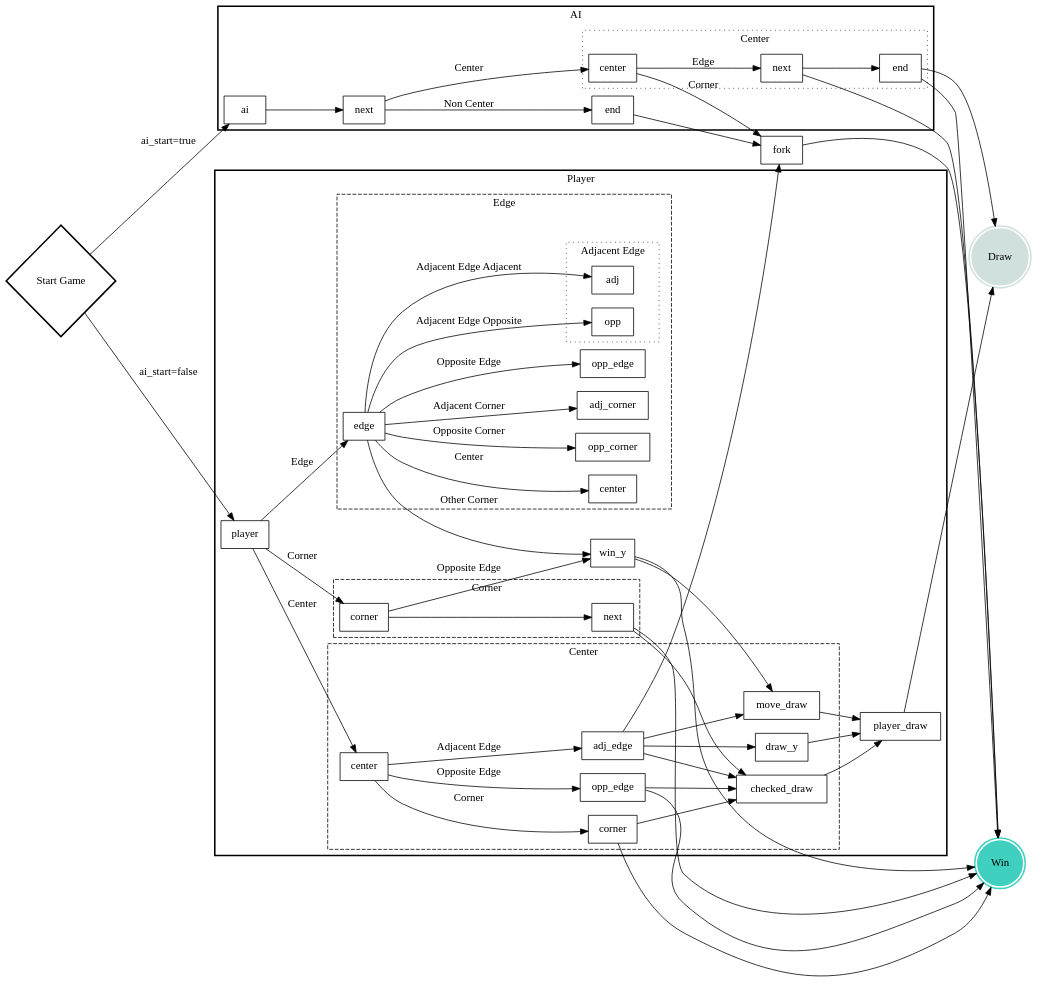
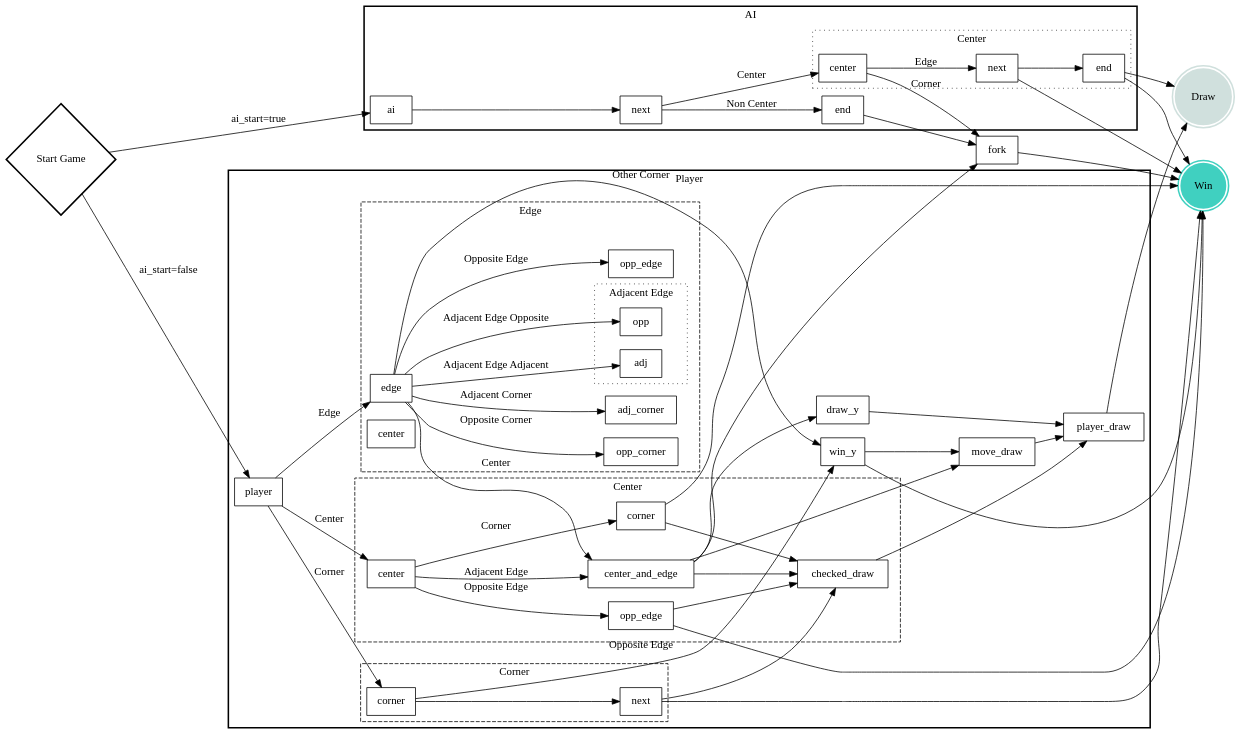
Before and after one commit to TasinFarhanMC/TTac: the diagram in graph/control_flow.dot, drawn with Graphviz. The commit also changed 1 other file, not shown here.

Commit message:
Merged into center_and_edge

```diff
--- a/graph/control_flow.dot
+++ b/graph/control_flow.dot
@@ -1,148 +1,146 @@
 digraph TTacControlFlow {
   graph [bgcolor=transparent, rankdir=LR];
   node [shape=box];
 
   win [label="Win", shape=doublecircle, style="filled, bold", color="#40D0C0"];
   draw [label="Draw", shape=doublecircle, style="filled, bold", color="#D0E0DD"];
   { rank = max; win; draw; }
 
   fork -> win;
   { rank = same; fork; }
 
   game [label="Start Game", shape=diamond, style=bold, width=1, height=2];
   game -> ai [label="ai_start=true"];
   game -> player [label="ai_start=false"];
   
 
   subgraph cluster_ai {
     label="AI";
     style=bold;
 
     ai -> next;
 
     next -> end [label="Non Center"];
     next -> center [label="Center"];
 
     end -> fork;
 
     subgraph cluster_center {
       label="Center";
       style=dotted;
 
       center -> fork [label="Corner"];
 
       center -> center_next [label="Edge"];
 
       center_next [label="next"];
       center_end [label="end"];
 
       center_next -> win;
       center_next -> center_end;
 
       center_end -> win;
       center_end -> draw;
 
     };
   }
   
   subgraph cluster_player {
     label="Player";
     style=bold;
 
     player_draw -> draw;
     {rank=max; player_draw};
 
     subgraph cluster_terminal {
       style="invis";
 
       checked_draw -> player_draw;
       move_draw -> player_draw;
       draw_y -> player_draw;
       // {rank=same; checked_draw, move_draw, draw_y};
 
       win_y -> win;
       win_y -> move_draw;
+
+      center_and_edge -> fork;
+      center_and_edge -> draw_y;
+      center_and_edge -> checked_draw;
+      center_and_edge -> move_draw;
     }
 
     player -> player_center [label="Center"];
     player -> player_corner [label="Corner"];
     player -> player_edge [label="Edge"];
 
     subgraph cluster_center {
       label="Center";
       style=dashed;
 
       player_center [label="center"];
       player_center_corner [label="corner"];
-      player_center_adj_edge [label="adj_edge"];
       player_center_opp_edge [label="opp_edge"];
 
       player_center -> player_center_corner [label="Corner"];
 
       player_center_corner -> win;
       player_center_corner -> checked_draw;
 
       subgraph cluster_center_edge {
         style="invis";
         rank = same;
 
-        player_center -> player_center_adj_edge [label="Adjacent Edge"];
+        player_center -> center_and_edge [label="Adjacent Edge"];
         player_center -> player_center_opp_edge [label="Opposite Edge"];
-
-        player_center_adj_edge -> fork;
-        player_center_adj_edge -> draw_y;
-        player_center_adj_edge -> checked_draw;
-        player_center_adj_edge -> move_draw;
 
         player_center_opp_edge -> win;
         player_center_opp_edge -> checked_draw;
       }
     }
-
 
     subgraph cluster_corner {
       label="Corner";
       style=dashed;
 
       player_corner [label="corner"];
       player_corner_next [label="next"];
 
       player_corner -> player_corner_next;
       player_corner -> win_y [label="Opposite Edge"];
 
       player_corner_next -> win;
       player_corner_next -> checked_draw;
     }
 
     subgraph cluster_edge {
       label="Edge";
       style=dashed;
 
       player_edge [label="edge"];
       player_edge_center [label="center"];
       player_edge_opp_corner [label="opp_corner"];
       player_edge_adj_corner [label="adj_corner"];
 
       player_edge -> win_y [label="Other Corner"];
-      player_edge -> player_edge_center [label="Center"];
+      player_edge -> center_and_edge [label="Center"];
       player_edge -> player_edge_opp_corner [label="Opposite Corner"];
       player_edge -> player_edge_adj_corner [label="Adjacent Corner"];
       player_edge -> player_edge_opp_edge [label="Opposite Edge"];
       player_edge -> player_edge_opp [label="Adjacent Edge Opposite"];
       player_edge -> player_edge_adj [label="Adjacent Edge Adjacent"];
 
       subgraph cluster_edge {
         style=invis;
         player_edge_opp_edge [label="opp_edge"];
 
         subgraph cluster_adj_edge {
           label="Adjacent Edge";
           style=dotted;
-  
+
           player_edge_opp [label="opp"];
           player_edge_adj [label="adj"];
         }
       }
     }
   }
 }
```
